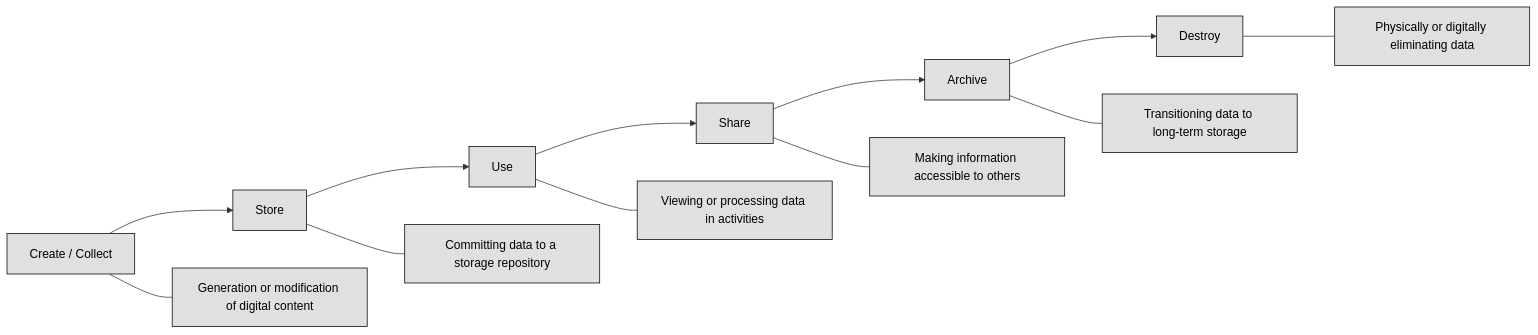
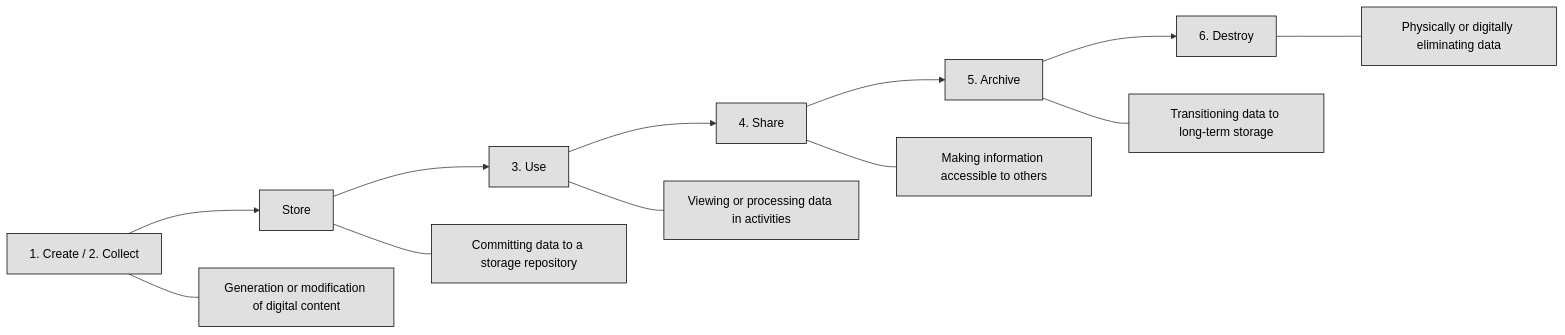
The first of 4 diagrams in DOMAIN2: Asset Security/2.04 Manage Data Lifecycle.md (lorenzoleonelli/CISSP-Zero-to-Hero), drawn with Mermaid before and after one commit. The commit also changed other lines of this file, not shown here.

Commit message:
Update 2.04 Manage Data Lifecycle.md

````diff
--- a/DOMAIN2: Asset Security/2.04 Manage Data Lifecycle.md
+++ b/DOMAIN2: Asset Security/2.04 Manage Data Lifecycle.md
@@ -104,21 +104,21 @@
 ```mermaid
 flowchart LR
-  A[Create / Collect] --> B[Store]
-  B --> C[Use]
-  C --> D[Share]
-  D --> E[Archive]
-  E --> F[Destroy]
+  A[1. Create / 2. Collect] --> B[Store]
+  B --> C[3. Use]
+  C --> D[4. Share]
+  D --> E[5. Archive]
+  E --> F[6. Destroy]
 
 
 
   
   A --- A1[Generation or modification of digital content]
   B --- B1[Committing data to a storage repository]
   C --- C1[Viewing or processing data in activities]
   D --- D1[Making information accessible to others]
   E --- E1[Transitioning data to long‑term storage]
   F --- F1[Physically or digitally eliminating data]
 
     classDef center fill:#ffffff,color:#000000,stroke:#000000,stroke-width:1px,font-weight:bold
     classDef node fill:#e0e0e0,color:#000000,stroke:#000000,stroke-width:1px
 ```
````
